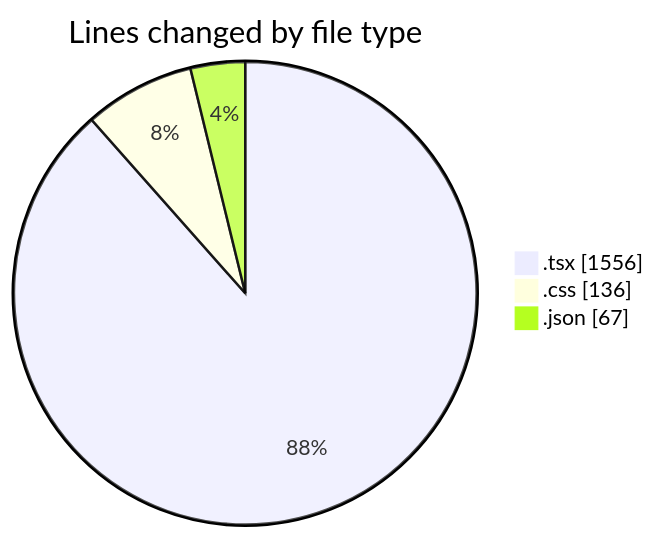
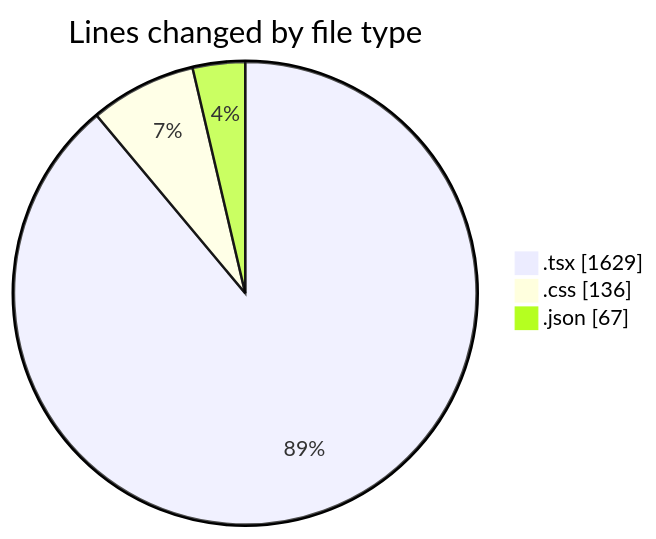
Before and after one commit to robertbonfada/code-tracking: the first of 2 diagrams in 2025-01-08/mbc-web/README.md, drawn with Mermaid. The commit also changed other lines of this file and 1 other file, not shown here.

````diff
--- a/2025-01-08/mbc-web/README.md
+++ b/2025-01-08/mbc-web/README.md
@@ -34,7 +34,7 @@
 ```mermaid
 pie showData
 title Lines changed by file type
-".tsx" : 1556
+".tsx" : 1629
 ".css" : 136
 ".json" : 67
 ```
````
